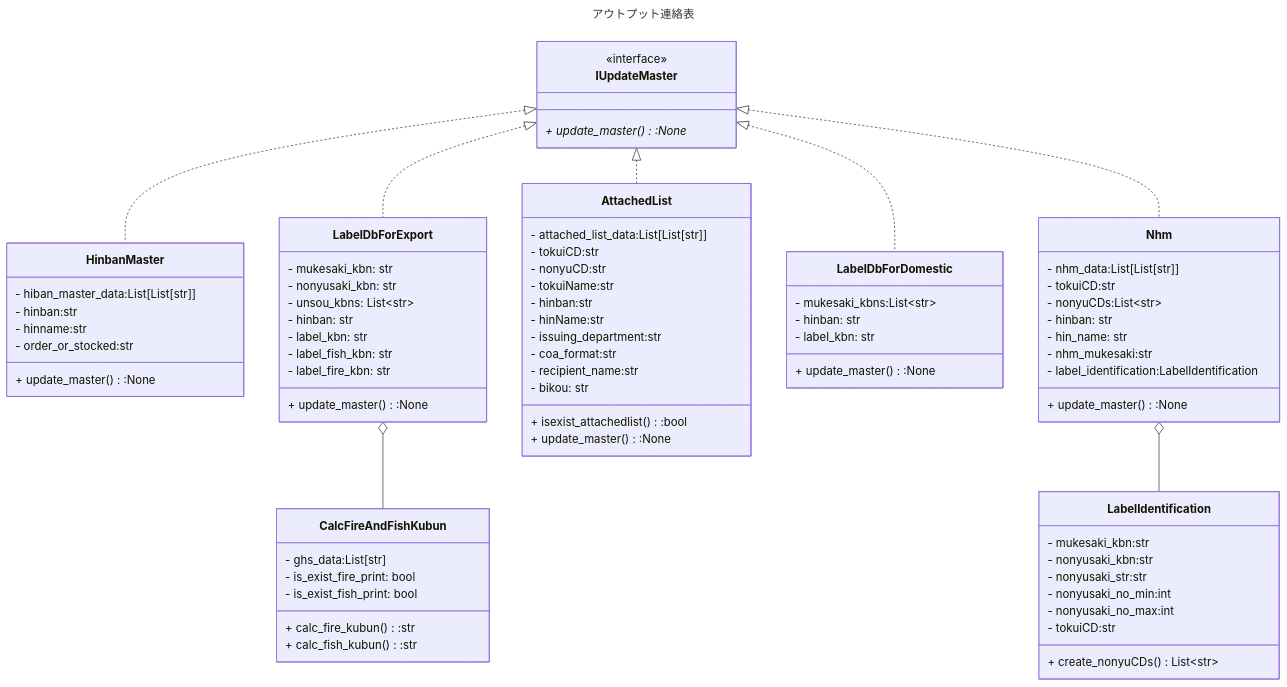
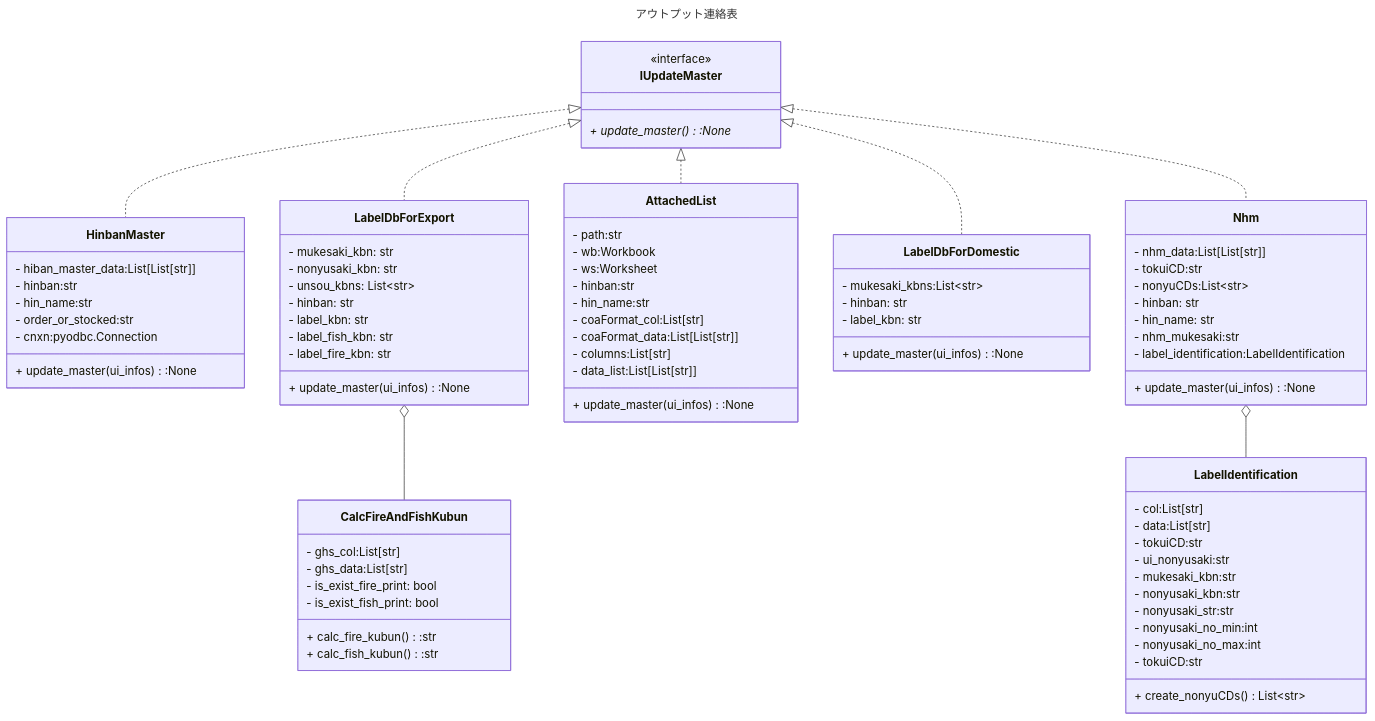
Before and after one commit to ogashira/output_notification: the diagram in output_notification.md, drawn with Mermaid. The commit also changed other lines of this file and 5 other files, not shown here.

```diff
--- a/output_notification.md
+++ b/output_notification.md
@@ -189,11 +189,13 @@
 class HinbanMaster{
     - hiban_master_data:List[List[str]]
     - hinban:str
-    - hinname:str
+    - hin_name:str
     - order_or_stocked:str
-    + update_master():None
+    - cnxn:pyodbc.Connection
+    + update_master(ui_infos):None
 }
 class CalcFireAndFishKubun{
+    - ghs_col:List[str]
     - ghs_data:List[str]
     - is_exist_fire_print: bool
     - is_exist_fish_print: bool
@@ -201,6 +203,10 @@
     + calc_fish_kubun():str
 }
 class LabelIdentification{
+    - col:List[str]
+    - data:List[str]
+    - tokuiCD:str
+    - ui_nonyusaki:str
     - mukesaki_kbn:str
     - nonyusaki_kbn:str
     - nonyusaki_str:str
@@ -217,27 +223,25 @@
     - hin_name: str
     - nhm_mukesaki:str
     - label_identification:LabelIdentification
-    + update_master():None
+    + update_master(ui_infos):None
 }
 class AttachedList{
-    - attached_list_data:List[List[str]]
-    - tokuiCD:str
-    - nonyuCD:str
-    - tokuiName:str
+    - path:str
+    - wb:Workbook
+    - ws:Worksheet
     - hinban:str
-    - hinName:str
-    - issuing_department:str
-    - coa_format:str
-    - recipient_name:str
-    - bikou: str
-    + isexist_attachedlist():bool 
-    + update_master():None
+    - hin_name:str
+    - coaFormat_col:List[str]
+    - coaFormat_data:List[List[str]]
+    - columns:List[str]
+    - data_list:List[List[str]]
+    + update_master(ui_infos):None
 }
 class LabelDbForDomestic{
     - mukesaki_kbns:List~str~
     - hinban: str
     - label_kbn: str
-    + update_master():None
+    + update_master(ui_infos):None
 }
 class LabelDbForExport{
     - mukesaki_kbn: str
@@ -247,7 +251,7 @@
     - label_kbn: str
     - label_fish_kbn: str
     - label_fire_kbn: str
-    + update_master():None
+    + update_master(ui_infos):None
 }
 
 IUpdateMaster <|.. HinbanMaster
```
